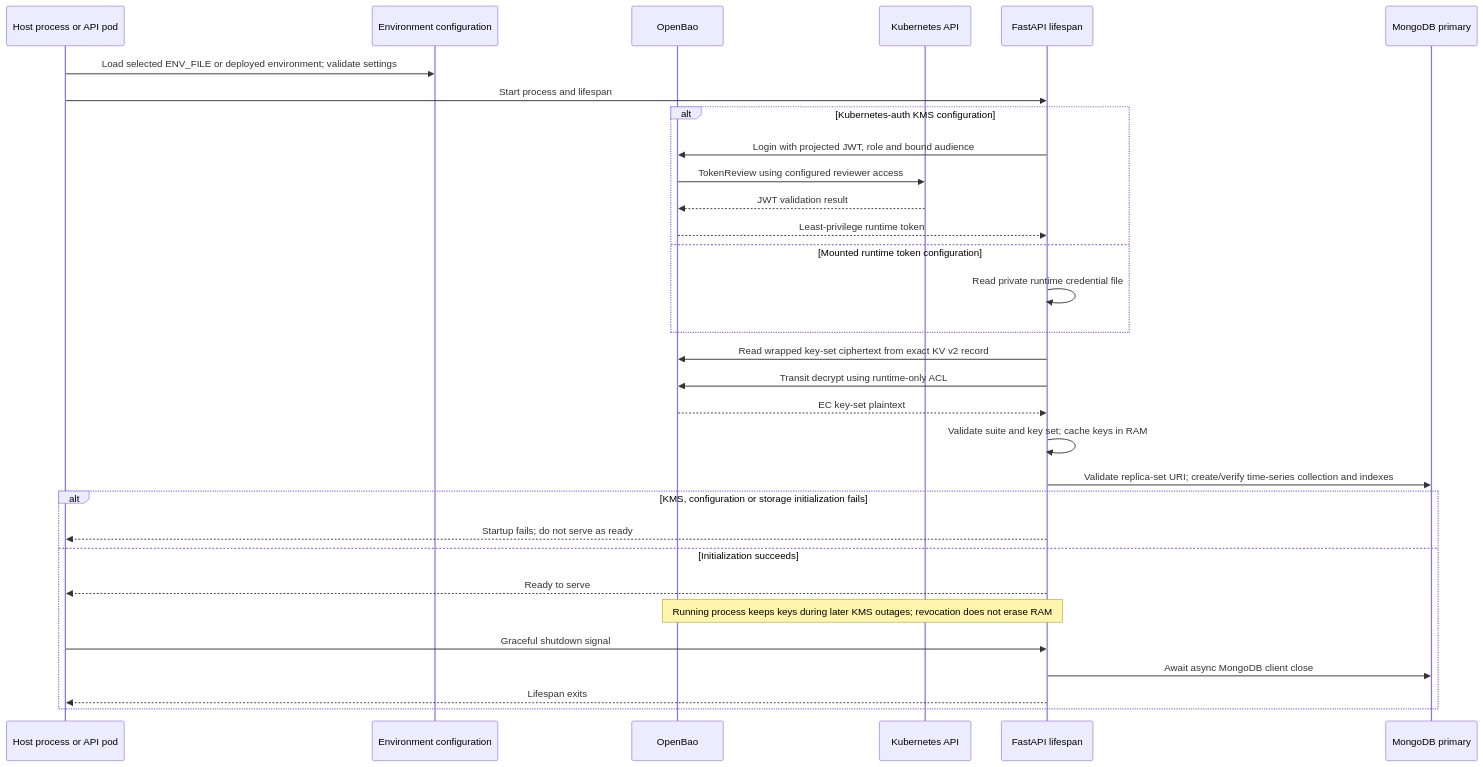
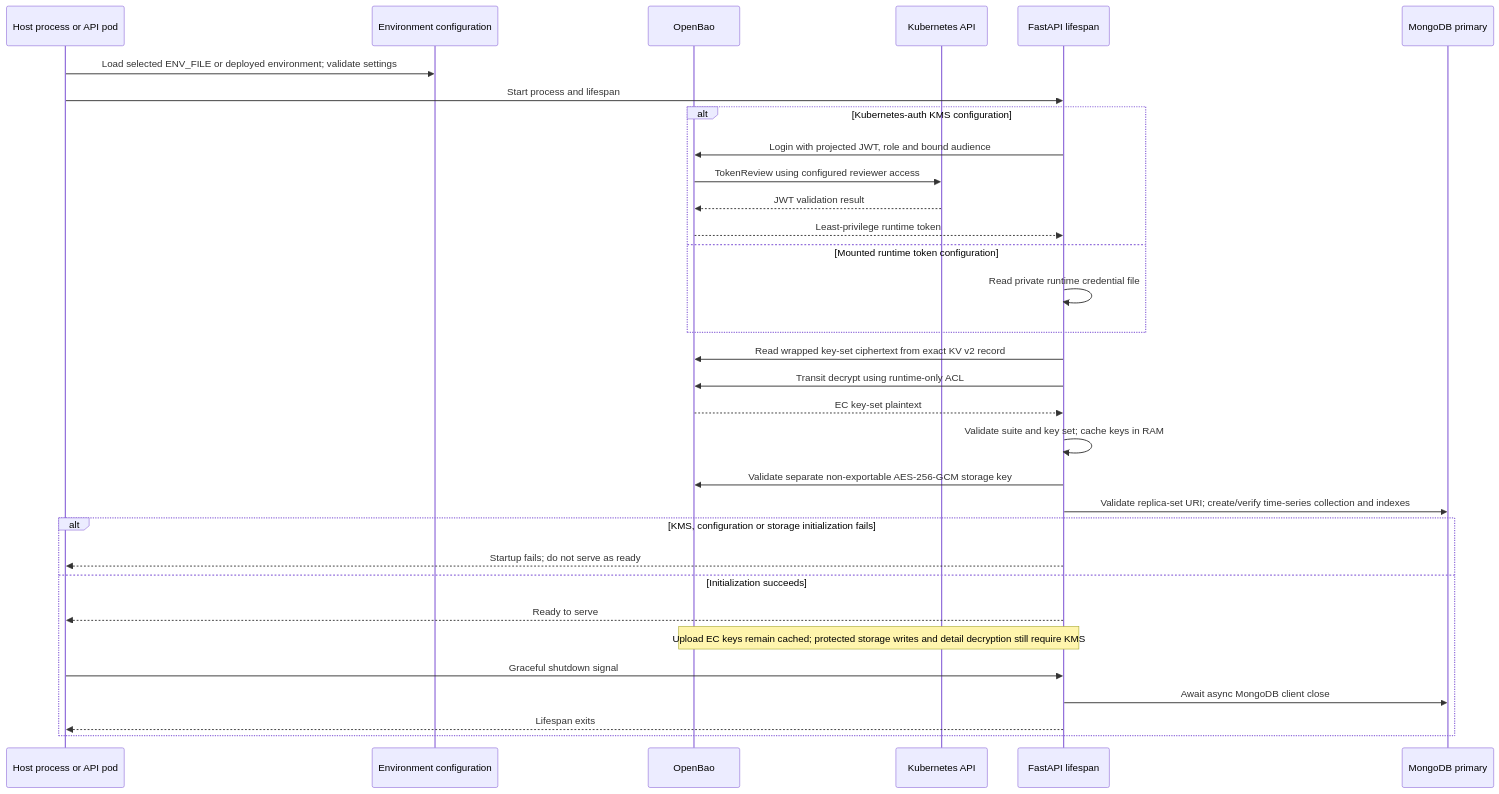
One commit to lucagiorgino/http-logger-collector changed diagram 16 of 24 in docs/IMPLEMENTATION_STATUS.md. Above: the diagram before and after it, drawn with Mermaid. The commit also changed other lines of this file and 7 other files, not shown here.

First line of the commit message:
docs: update architecture and operational guidance

````diff
--- a/docs/IMPLEMENTATION_STATUS.md
+++ b/docs/IMPLEMENTATION_STATUS.md
@@ -666,34 +875,35 @@
 ```mermaid
 sequenceDiagram
     participant Process as Host process or API pod
     participant Settings as Environment configuration
     participant Bao as OpenBao
     participant Kube as Kubernetes API
     participant API as FastAPI lifespan
     participant Primary as MongoDB primary
     Process->>Settings: Load selected ENV_FILE or deployed environment#59; validate settings
     Process->>API: Start process and lifespan
     alt Kubernetes-auth KMS configuration
         API->>Bao: Login with projected JWT, role and bound audience
         Bao->>Kube: TokenReview using configured reviewer access
         Kube-->>Bao: JWT validation result
         Bao-->>API: Least-privilege runtime token
     else Mounted runtime token configuration
         API->>API: Read private runtime credential file
     end
     API->>Bao: Read wrapped key-set ciphertext from exact KV v2 record
     API->>Bao: Transit decrypt using runtime-only ACL
     Bao-->>API: EC key-set plaintext
     API->>API: Validate suite and key set#59; cache keys in RAM
+    API->>Bao: Validate separate non-exportable AES-256-GCM storage key
     API->>Primary: Validate replica-set URI#59; create/verify time-series collection and indexes
     alt KMS, configuration or storage initialization fails
         API-->>Process: Startup fails#59; do not serve as ready
     else Initialization succeeds
         API-->>Process: Ready to serve
-        Note over API,Bao: Running process keeps keys during later KMS outages#59; revocation does not erase RAM
+        Note over API,Bao: Upload EC keys remain cached#59; protected storage writes and detail decryption still require KMS
         Process->>API: Graceful shutdown signal
         API->>Primary: Await async MongoDB client close
         API-->>Process: Lifespan exits
     end
 
 ```
````
